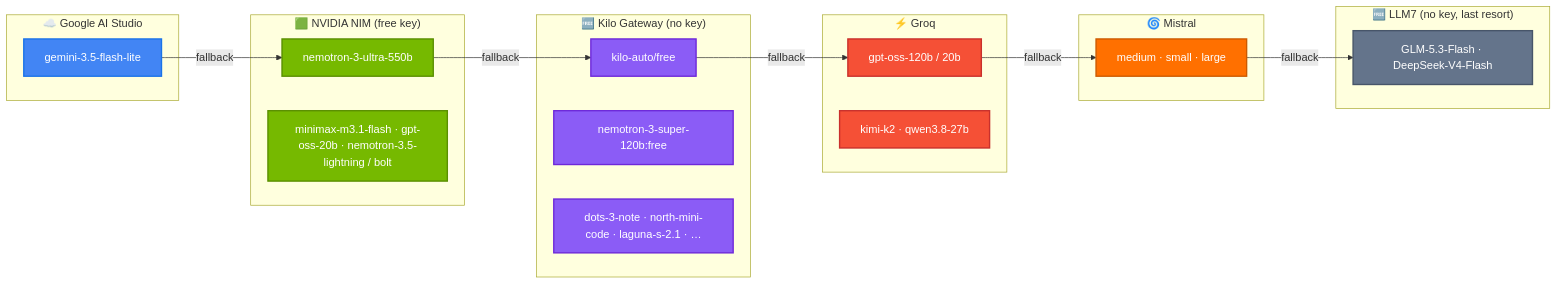
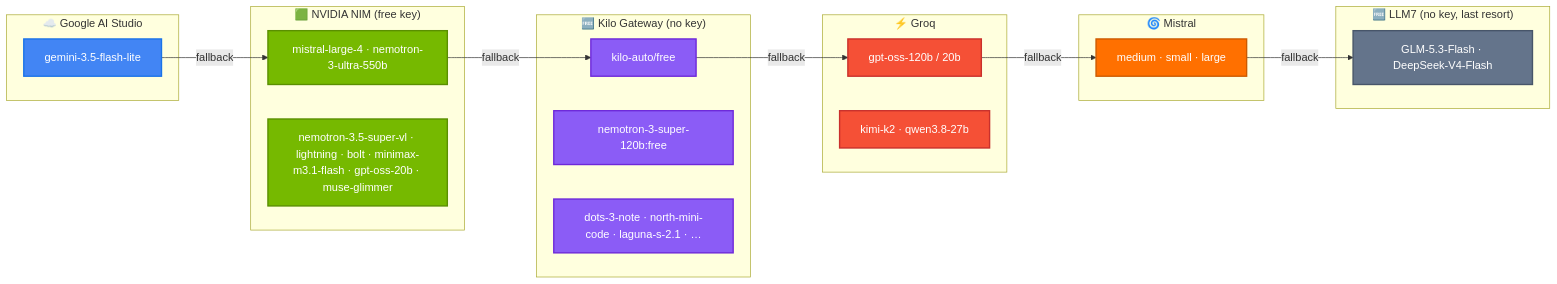
One commit to kvcops/JobHunterX changed the third of 3 diagrams in README.md. Above: the diagram before and after it, drawn with Mermaid. The commit also changed other lines of this file and 5 other files, not shown here.

First line of the commit message:
NIM: Mistral Large 4, Nemotron 3.5 Super VL, Muse Glimmer and DiffusionGemma added from live tests; graceful rate limiting

````diff
--- a/README.md
+++ b/README.md
@@ -492,34 +492,34 @@
 ```mermaid
 graph LR
     subgraph Google["☁️ Google AI Studio"]
         G1["gemini-3.5-flash-lite"]
     end
     subgraph Kilo["🆓 Kilo Gateway (no key)"]
         K1["kilo-auto/free"]
         K2["nemotron-3-super-120b:free"]
         K3["dots-3-note · north-mini-code · laguna-s-2.1 · …"]
     end
     subgraph NIM["🟩 NVIDIA NIM (free key)"]
-        N1["nemotron-3-ultra-550b"]
-        N2["minimax-m3.1-flash · gpt-oss-20b · nemotron-3.5-lightning / bolt"]
+        N1["mistral-large-4 · nemotron-3-ultra-550b"]
+        N2["nemotron-3.5-super-vl · lightning · bolt · minimax-m3.1-flash · gpt-oss-20b · muse-glimmer"]
     end
     subgraph Groq["⚡ Groq"]
         GR1["gpt-oss-120b / 20b"]
         GR2["kimi-k2 · qwen3.8-27b"]
     end
     subgraph Mistral["🌀 Mistral"]
         M1["medium · small · large"]
     end
     subgraph LLM7["🆓 LLM7 (no key, last resort)"]
         L1["GLM-5.3-Flash · DeepSeek-V4-Flash"]
     end
     G1 -->|fallback| N1 -->|fallback| K1 -->|fallback| GR1 -->|fallback| M1 -->|fallback| L1
 
     classDef google fill:#4285F4,stroke:#1a73e8,color:#fff,stroke-width:2px;
     classDef groq fill:#F55036,stroke:#c9302c,color:#fff,stroke-width:2px;
     classDef mistral fill:#FF7000,stroke:#cc5a00,color:#fff,stroke-width:2px;
     classDef kilo fill:#8B5CF6,stroke:#6d28d9,color:#fff,stroke-width:2px;
     classDef nim fill:#76B900,stroke:#5a8f00,color:#fff,stroke-width:2px;
     classDef llm7 fill:#64748b,stroke:#475569,color:#fff,stroke-width:2px;
     class K1,K2,K3 kilo; class N1,N2 nim; class G1 google; class GR1,GR2 groq; class M1 mistral; class L1 llm7;
 ```
````
